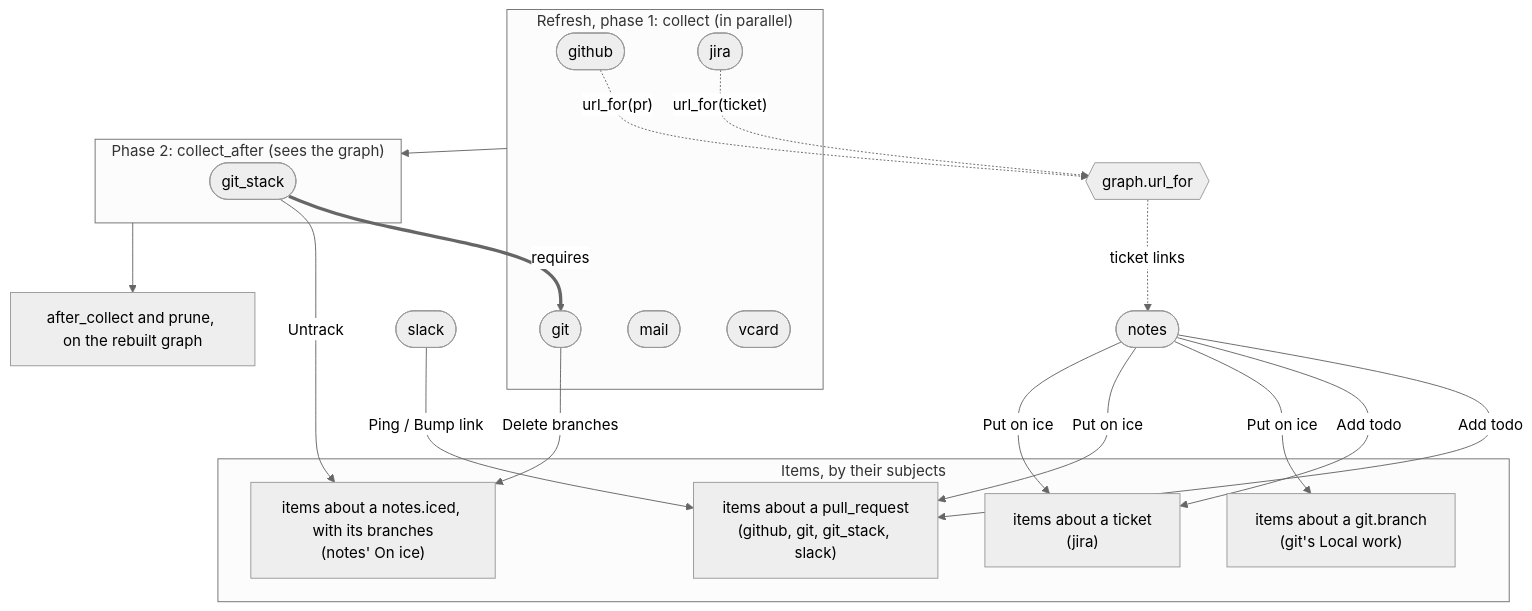
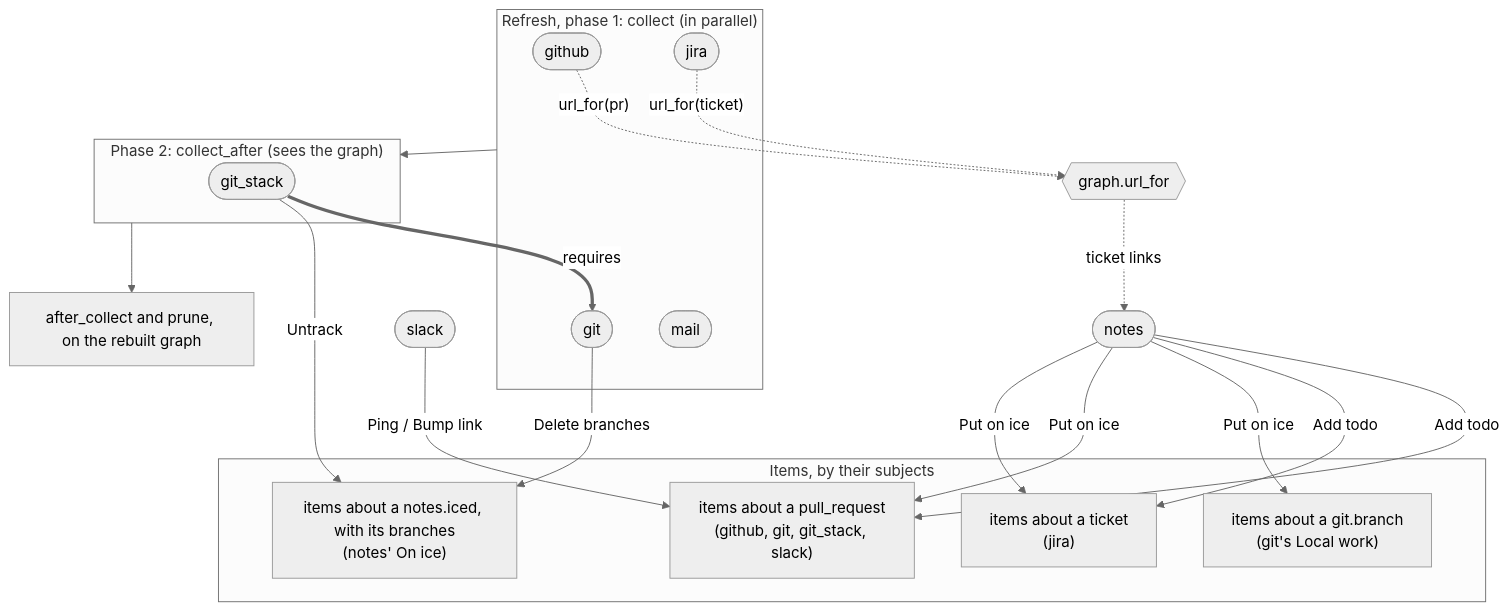
One commit to benekastah/move-forward changed the second of 2 diagrams in docs/plugins.md. Above: the diagram before and after it, drawn with Mermaid (neutral theme). The commit also changed other lines of this file and 26 other files, not shown here.

First line of the commit message:
Remove the vcard plugin; roadmap reading Google and Apple Contacts (#211)

````diff
--- a/docs/plugins.md
+++ b/docs/plugins.md
@@ -82,36 +81,35 @@
 ```mermaid
 flowchart TB
     subgraph Phase1["Refresh, phase 1: collect (in parallel)"]
         github([github])
         git([git])
         jira([jira])
         mail([mail])
-        vcard([vcard])
     end
     subgraph Phase2["Phase 2: collect_after (sees the graph)"]
         git_stack([git_stack])
     end
     Phase1 --> Phase2
     Phase2 --> after["after_collect and prune, on the rebuilt graph"]
 
     git_stack == "requires" ==> git
 
     subgraph Items["Items, by their subjects"]
         prItems["items about a pull_request<br/>(github, git, git_stack, slack)"]
         ticketItems["items about a ticket<br/>(jira)"]
         branchItems["items about a git.branch<br/>(git's Local work)"]
         icedItems["items about a notes.iced, with its branches<br/>(notes' On ice)"]
     end
     slack([slack]) -- "Ping / Bump link" --> prItems
     notes([notes]) -- "Add todo" --> prItems
     notes -- "Add todo" --> ticketItems
     notes -- "Put on ice" --> branchItems
     notes -- "Put on ice" --> prItems
     notes -- "Put on ice" --> ticketItems
     git -- "Delete branches" --> icedItems
     git_stack -- "Untrack" --> icedItems
 
     github -. "url_for(pr)" .-> urls{{graph.url_for}}
     jira -. "url_for(ticket)" .-> urls
     urls -. "ticket links" .-> notes
 ```
````
